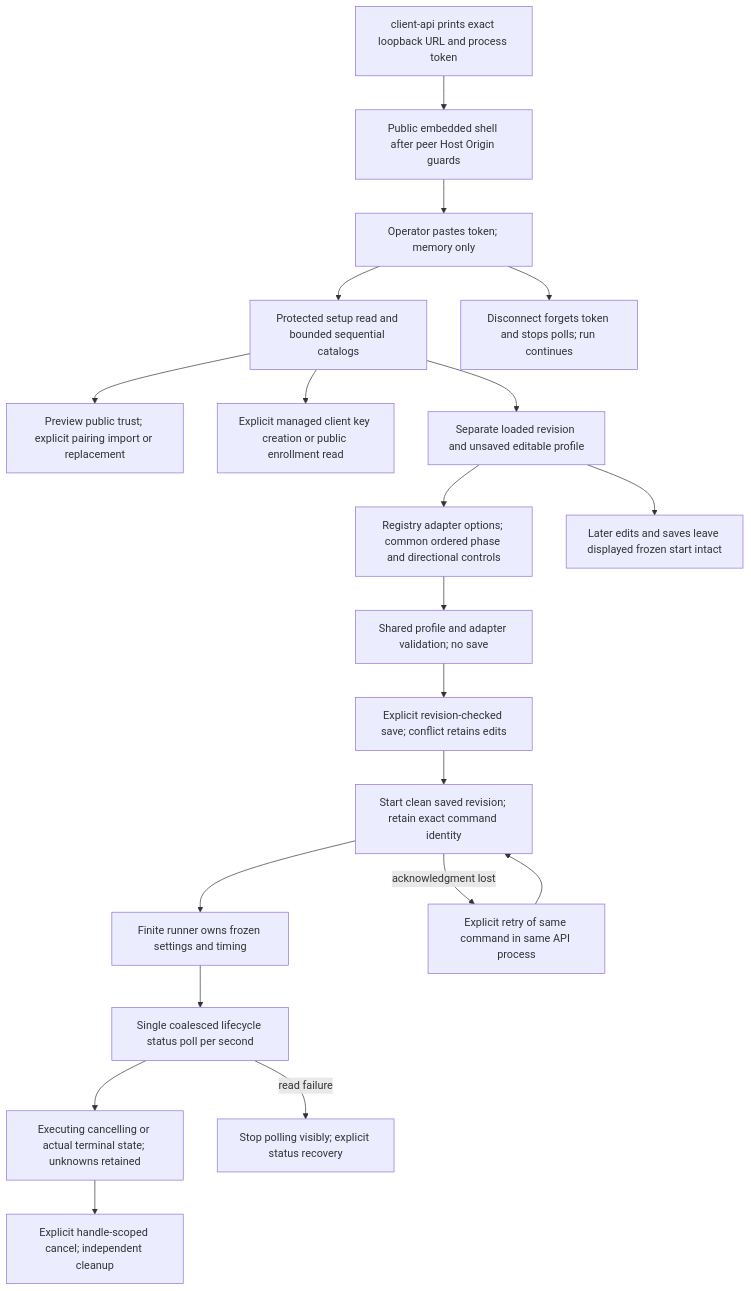
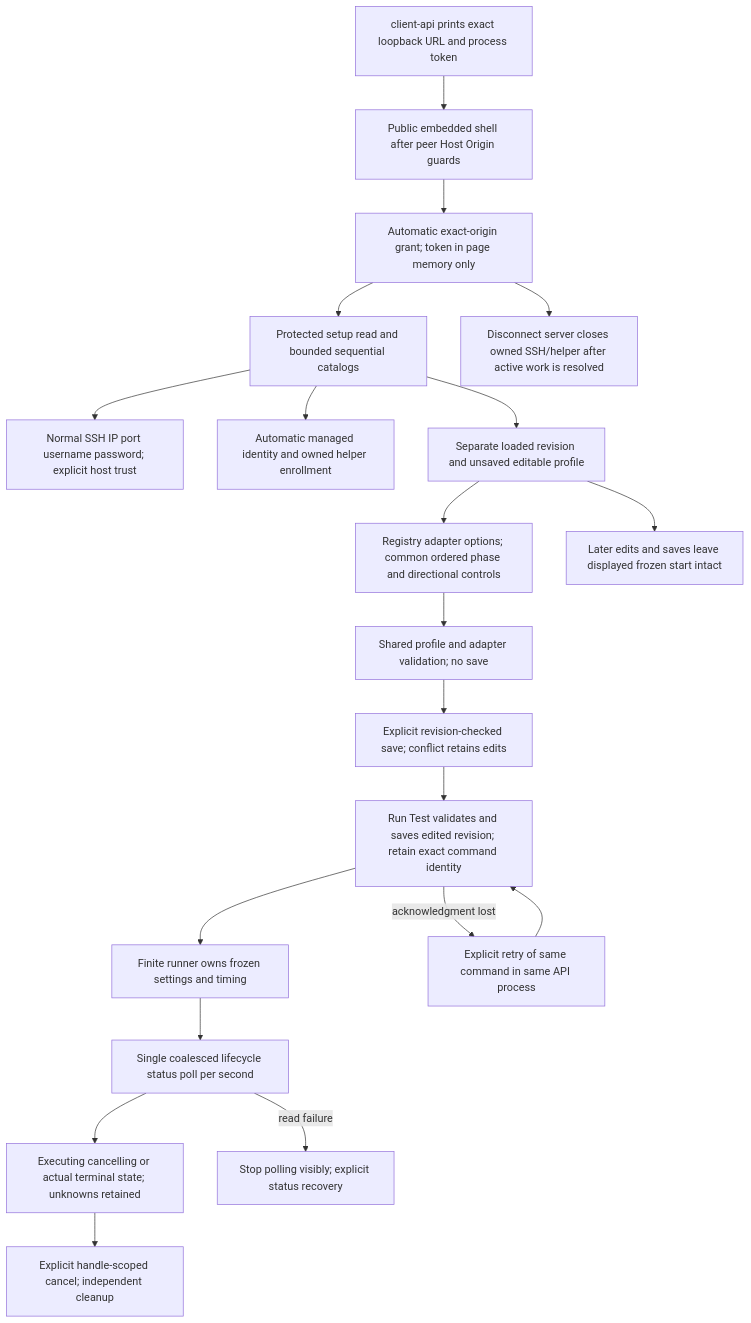
Before and after one commit to rashidbestry/sneaky-port: diagram 16 of 24 in FLOWCHART.md, drawn with Mermaid. The commit also changed other lines of this file and 27 other files, not shown here.

````diff
--- a/FLOWCHART.md
+++ b/FLOWCHART.md
@@ -412,22 +413,22 @@
 ```mermaid
 flowchart TD
     A[client-api prints exact loopback URL and process token] --> B[Public embedded shell after peer Host Origin guards]
-    B --> C[Operator pastes token; memory only]
+    B --> C[Automatic exact-origin grant; token in page memory only]
     C --> D[Protected setup read and bounded sequential catalogs]
-    D --> E[Preview public trust; explicit pairing import or replacement]
-    D --> F[Explicit managed client key creation or public enrollment read]
+    D --> E[Normal SSH IP port username password; explicit host trust]
+    D --> F[Automatic managed identity and owned helper enrollment]
     D --> G[Separate loaded revision and unsaved editable profile]
     G --> H[Registry adapter options; common ordered phase and directional controls]
     H --> I[Shared profile and adapter validation; no save]
     I --> J[Explicit revision-checked save; conflict retains edits]
-    J --> K[Start clean saved revision; retain exact command identity]
+    J --> K[Run Test validates and saves edited revision; retain exact command identity]
     K --> L[Finite runner owns frozen settings and timing]
     K -->|acknowledgment lost| M[Explicit retry of same command in same API process]
     M --> K
     L --> N[Single coalesced lifecycle status poll per second]
     N --> O[Executing cancelling or actual terminal state; unknowns retained]
     O --> P[Explicit handle-scoped cancel; independent cleanup]
     G --> Q[Later edits and saves leave displayed frozen start intact]
     N -->|read failure| R[Stop polling visibly; explicit status recovery]
-    C --> S[Disconnect forgets token and stops polls; run continues]
+    C --> S[Disconnect server closes owned SSH/helper after active work is resolved]
 ```
````
